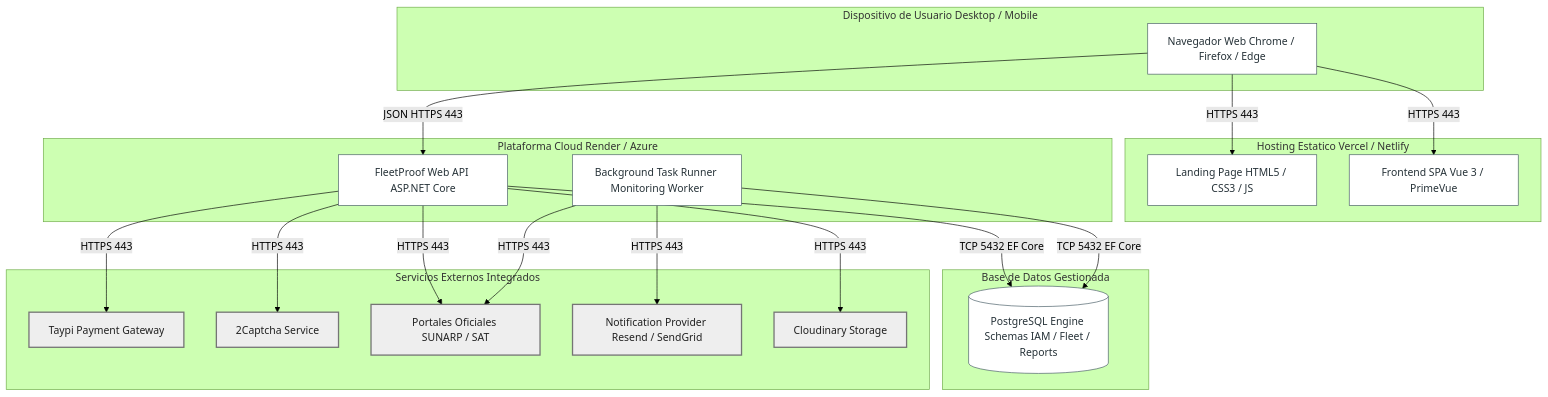
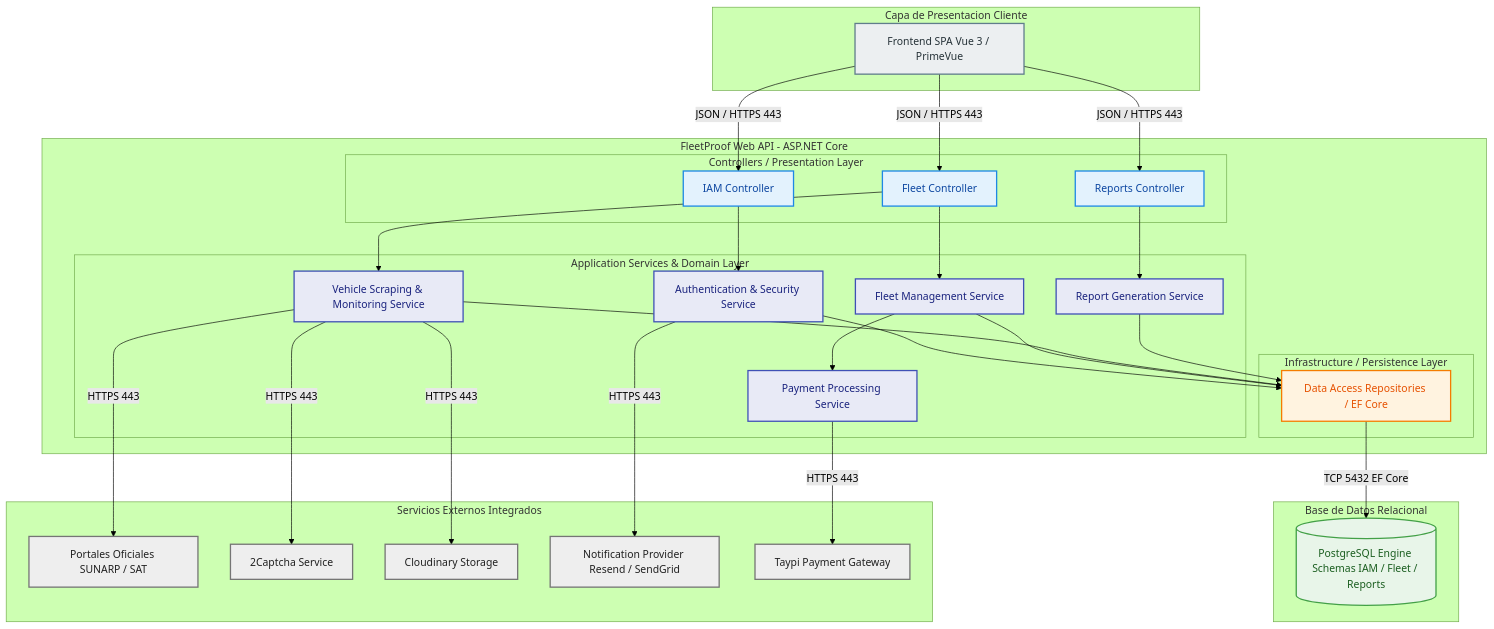
One commit to 1ASI0730-8088-Blit/blip-fleetproof-project-report changed the fifth of 7 diagrams in docs/05-chapter-4-product-design.md. Above: the diagram before and after it, drawn with Mermaid (forest theme). The commit also changed other lines of this file, not shown here.

Commit message:
fix: 4.6.3 and 4.6.4 diagram corrections

````diff
--- a/docs/05-chapter-4-product-design.md
+++ b/docs/05-chapter-4-product-design.md
@@ -864,49 +805,75 @@
 ```mermaid
 flowchart TB
     classDef clientNode fill:#eceff1,stroke:#607d8b,stroke-width:2px,color:#263238;
-    classDef edgeNode fill:#e3f2fd,stroke:#1e88e5,stroke-width:2px,color:#0d47a1;
-    classDef computeNode fill:#e8eaf6,stroke:#3f51b5,stroke-width:2px,color:#1a237e;
+    classDef ctrlNode fill:#e3f2fd,stroke:#1e88e5,stroke-width:2px,color:#0d47a1;
+    classDef serviceNode fill:#e8eaf6,stroke:#3f51b5,stroke-width:2px,color:#1a237e;
+    classDef repoNode fill:#fff3e0,stroke:#f57c00,stroke-width:2px,color:#e65100;
     classDef dbNode fill:#e8f5e9,stroke:#43a047,stroke-width:2px,color:#1b5e20;
     classDef extNode fill:#eeeeee,stroke:#757575,stroke-width:2px,color:#212121;
-    classDef artifact fill:#ffffff,stroke:#455a64,stroke-width:1px,color:#263238;
 
-    subgraph Client_Device [Dispositivo de Usuario Desktop / Mobile]
-        browser[Navegador Web Chrome / Firefox / Edge]:::artifact
+    subgraph Client_Tier [Capa de Presentacion Cliente]
+        spa_art[Frontend SPA Vue 3 / PrimeVue]:::clientNode
     end
 
-    subgraph Hosting_Static [Hosting Estatico Vercel / Netlify]
-        landing_art[Landing Page HTML5 / CSS3 / JS]:::artifact
-        spa_art[Frontend SPA Vue 3 / PrimeVue]:::artifact
+    subgraph API_Container [FleetProof Web API - ASP.NET Core]
+        subgraph Controllers_Layer [Controllers / Presentation Layer]
+            ctrl_iam[IAM Controller]:::ctrlNode
+            ctrl_fleet[Fleet Controller]:::ctrlNode
+            ctrl_reports[Reports Controller]:::ctrlNode
+        end
+
+        subgraph Application_Layer [Application Services & Domain Layer]
+            srv_auth[Authentication & Security Service]:::serviceNode
+            srv_fleet_app[Fleet Management Service]:::serviceNode
+            srv_scraping[Vehicle Scraping & Monitoring Service]:::serviceNode
+            srv_rep_app[Report Generation Service]:::serviceNode
+            srv_pay_app[Payment Processing Service]:::serviceNode
+        end
+
+        subgraph Persistence_Layer [Infrastructure / Persistence Layer]
+            ef_repo[Data Access Repositories / EF Core]:::repoNode
+        end
     end
 
-    subgraph Cloud_PaaS [Plataforma Cloud Render / Azure]
-        api_art[FleetProof Web API ASP.NET Core]:::artifact
-        worker_art[Background Task Runner Monitoring Worker]:::artifact
-    end
-
-    subgraph Cloud_DB [Base de Datos Gestionada]
-        db_engine[(PostgreSQL Engine Schemas IAM / Fleet / Reports)]:::artifact
+    subgraph Cloud_DB [Base de Datos Relacional]
+        db_engine[(PostgreSQL Engine Schemas IAM / Fleet / Reports)]:::dbNode
     end
 
     subgraph External_Cloud [Servicios Externos Integrados]
+        srv_gov[Portales Oficiales SUNARP / SAT]:::extNode
+        srv_captcha[2Captcha Service]:::extNode
+        srv_media[Cloudinary Storage]:::extNode
+        srv_notif[Notification Provider Resend / SendGrid]:::extNode
         srv_pay[Taypi Payment Gateway]:::extNode
-        srv_captcha[2Captcha Service]:::extNode
-        srv_gov[Portales Oficiales SUNARP / SAT]:::extNode
-        srv_notif[Notification Provider Resend / SendGrid]:::extNode
-        srv_media[Cloudinary Storage]:::extNode
     end
 
-    browser -->|HTTPS 443| landing_art
-    browser -->|HTTPS 443| spa_art
-    browser -->|JSON HTTPS 443| api_art
+    %% Cliente hacia Controladores
+    spa_art -->|JSON / HTTPS 443| ctrl_iam
+    spa_art -->|JSON / HTTPS 443| ctrl_fleet
+    spa_art -->|JSON / HTTPS 443| ctrl_reports
 
-    api_art -->|TCP 5432 EF Core| db_engine
-    worker_art -->|TCP 5432 EF Core| db_engine
+    %% Controladores a Servicios de Aplicación
+    ctrl_iam --> srv_auth
+    ctrl_fleet --> srv_fleet_app
+    ctrl_fleet --> srv_scraping
+    ctrl_reports --> srv_rep_app
 
-    api_art -->|HTTPS 443| srv_pay
-    api_art -->|HTTPS 443| srv_captcha
-    api_art -->|HTTPS 443| srv_gov
-    worker_art -->|HTTPS 443| srv_gov
-    worker_art -->|HTTPS 443| srv_notif
-    api_art -->|HTTPS 443| srv_media
+    %% Dependencias entre servicios internos
+    srv_fleet_app --> srv_pay_app
+
+    %% Servicios de Aplicación a Capa de Persistencia
+    srv_auth --> ef_repo
+    srv_fleet_app --> ef_repo
+    srv_scraping --> ef_repo
+    srv_rep_app --> ef_repo
+
+    %% Persistencia a Base de Datos
+    ef_repo -->|TCP 5432 EF Core| db_engine
+
+    %% Servicios de Aplicación a Integraciones Externas
+    srv_auth -->|HTTPS 443| srv_notif
+    srv_scraping -->|HTTPS 443| srv_gov
+    srv_scraping -->|HTTPS 443| srv_captcha
+    srv_scraping -->|HTTPS 443| srv_media
+    srv_pay_app -->|HTTPS 443| srv_pay
 ```
````
